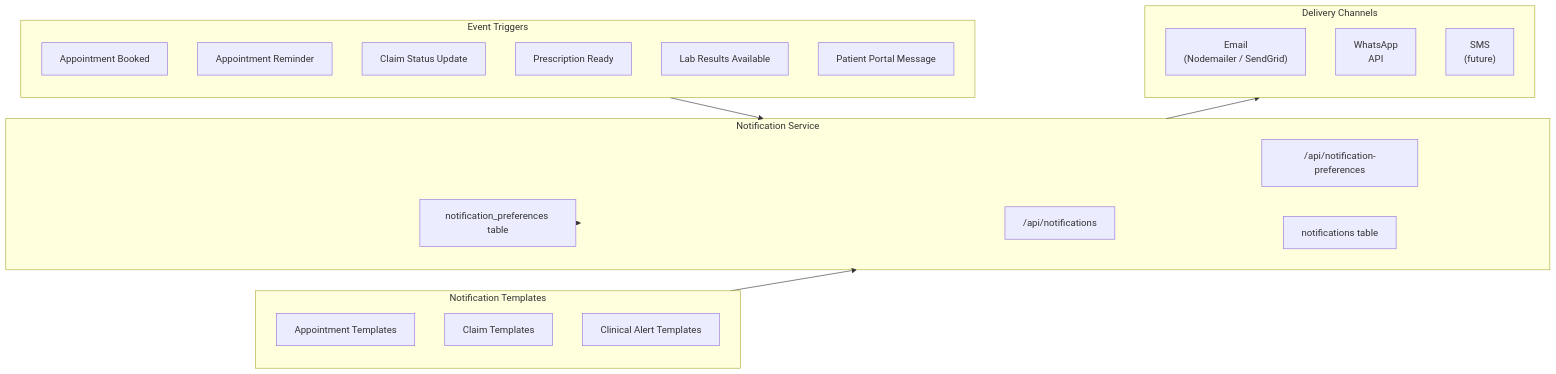
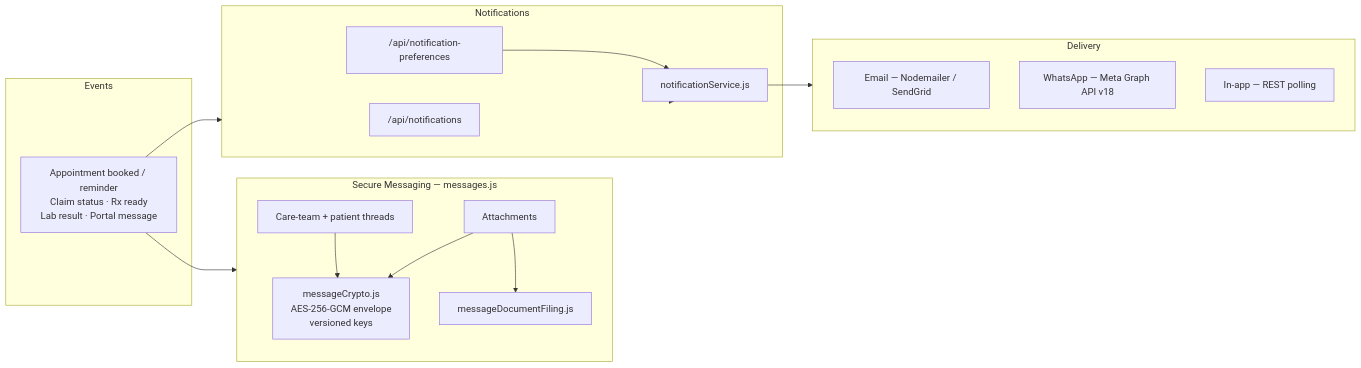
Before and after one commit to rajbizchannels/AureonCare: diagram 16 of 19 in ARCHITECTURE_DIAGRAM.md, drawn with Mermaid. The commit also changed other lines of this file, not shown here.

First line of the commit message:
Update the architecture diagram to match the code as it stands

````diff
--- a/ARCHITECTURE_DIAGRAM.md
+++ b/ARCHITECTURE_DIAGRAM.md
@@ -809,36 +703,32 @@
 ```mermaid
 graph LR
-    subgraph Triggers["Event Triggers"]
-        APPT_BOOK["Appointment Booked"]
-        APPT_REMIND["Appointment Reminder"]
-        CLAIM_UPDATE["Claim Status Update"]
-        RX_READY["Prescription Ready"]
-        LAB_RESULT["Lab Results Available"]
-        PORTAL_MSG["Patient Portal Message"]
+    subgraph Triggers["Events"]
+        T["Appointment booked / reminder<br/>Claim status · Rx ready<br/>Lab result · Portal message"]
     end
 
-    subgraph NotifService["Notification Service"]
-        NOTIF_ROUTE["/api/notifications"]
-        NOTIF_PREF["/api/notification-preferences"]
-        NOTIF_DB["notifications table"]
-        PREF_DB["notification_preferences table"]
+    subgraph Msg["Secure Messaging — messages.js"]
+        THREADS["Care-team + patient threads"]
+        ATT["Attachments"]
+        CRYPTO["messageCrypto.js<br/>AES-256-GCM envelope<br/>versioned keys"]
+        FILING["messageDocumentFiling.js"]
     end
 
-    subgraph Channels["Delivery Channels"]
-        EMAIL_CH["Email<br/>(Nodemailer / SendGrid)"]
-        WHATSAPP_CH["WhatsApp<br/>API"]
-        SMS_CH["SMS<br/>(future)"]
+    subgraph Notif["Notifications"]
+        NR["/api/notifications"]
+        NP["/api/notification-preferences"]
+        NS["notificationService.js"]
     end
 
-    subgraph Templates["Notification Templates"]
-        APPT_TMPL["Appointment Templates"]
-        CLAIM_TMPL["Claim Templates"]
-        CLINICAL_TMPL["Clinical Alert Templates"]
+    subgraph Channels["Delivery"]
+        EMAIL["Email — Nodemailer / SendGrid"]
+        WA["WhatsApp — Meta Graph API v18"]
+        INAPP["In-app — REST polling"]
     end
 
-    Triggers --> NotifService
-    NotifService --> NOTIF_DB
-    PREF_DB --> NotifService
-    NotifService --> Channels
-    Templates --> NotifService
+    T --> Notif --> NS --> Channels
+    NP --> NS
+    T --> Msg
+    THREADS --> CRYPTO
+    ATT --> CRYPTO
+    ATT --> FILING
 ```
````
